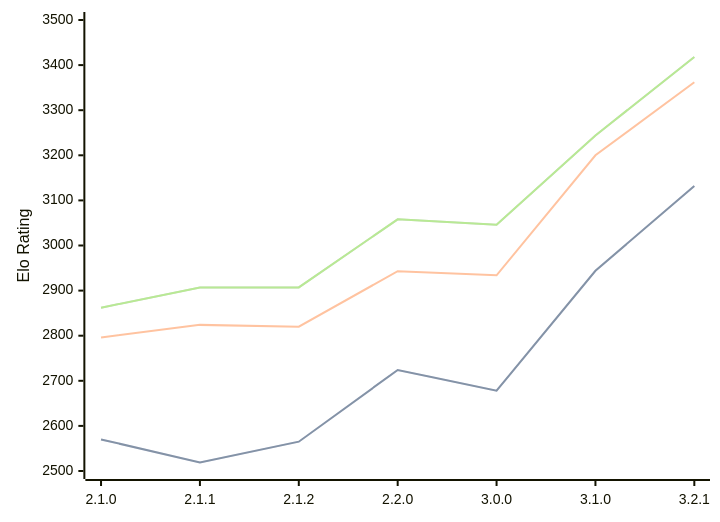
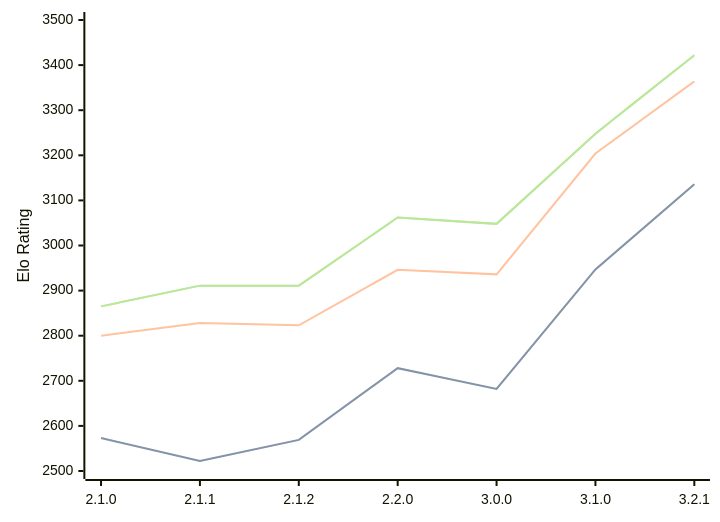
Before and after one commit to computer-chess-index/cci: the diagram in engines/Prune.md, drawn with Mermaid. The commit also changed other lines of this file, not shown here.

Commit message:
Update CCI Ratings (ELO VLTC) - 2026-04-30

````diff
--- a/engines/Prune.md
+++ b/engines/Prune.md
@@ -42,11 +42,11 @@
 ```mermaid
 %%{init: {"theme":"base","themeVariables":{"seriesColors:['#a3a3a3','#222221','#faa371']}}}%%
 xychart-beta
   x-axis ["2.1.0", "2.1.1", "2.1.2", "2.2.0", "3.0.0", "3.1.0", "3.2.1"]
   y-axis "Elo Rating" 2500 --> 3500
-  line "STC (8.0+0.08s)" [2570, 2519, 2565, 2724, 2678, 2944, 3132]
-  line "STC (8.0+0.08s)" [2570, 2519, 2565, 2724, 2678, 2944, 3132]
-  line "LTC (60.0+0.60s)" [2796, 2824, 2820, 2943, 2934, 3200, 3362]
-  line "VLTC (2m24s+1.12s)" [2862, 2907, 2907, 3058, 3046, 3244, 3418]
-  line "VLTC (2m24s+1.12s)" [2862, 2907, 2907, 3058, 3046, 3244, 3418]
+  line "STC (8.0+0.08s)" [2573, 2522, 2569, 2728, 2682, 2947, 3136]
+  line "STC (8.0+0.08s)" [2573, 2522, 2569, 2728, 2682, 2947, 3136]
+  line "LTC (60.0+0.60s)" [2800, 2828, 2823, 2946, 2936, 3204, 3364]
+  line "VLTC (2m24s+1.12s)" [2865, 2911, 2911, 3062, 3048, 3248, 3422]
+  line "VLTC (2m24s+1.12s)" [2865, 2911, 2911, 3062, 3048, 3248, 3422]
 ```
````
